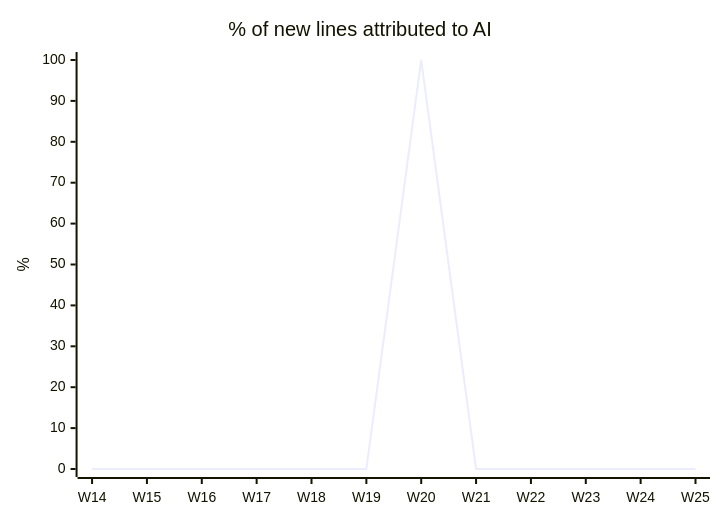
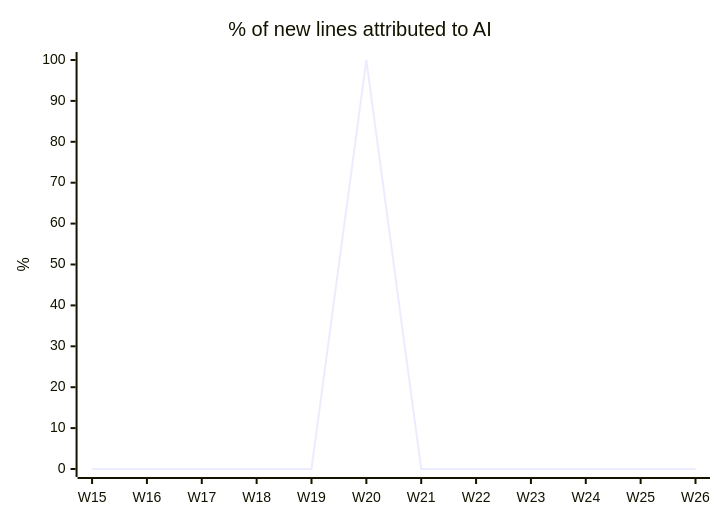
One commit to fromwaydowntown/ai-use changed the first of 4 diagrams in docs/AI_USAGE.md. Above: the diagram before and after it, drawn with Mermaid. The commit also changed other lines of this file, not shown here.

````diff
--- a/docs/AI_USAGE.md
+++ b/docs/AI_USAGE.md
@@ -17,7 +17,7 @@
 ```mermaid
 xychart-beta
     title "% of new lines attributed to AI"
-    x-axis ["W14", "W15", "W16", "W17", "W18", "W19", "W20", "W21", "W22", "W23", "W24", "W25"]
+    x-axis ["W15", "W16", "W17", "W18", "W19", "W20", "W21", "W22", "W23", "W24", "W25", "W26"]
     y-axis "%" 0 --> 100
-    line [0, 0, 0, 0, 0, 0, 100, 0, 0, 0, 0, 0]
+    line [0, 0, 0, 0, 0, 100, 0, 0, 0, 0, 0, 0]
 ```
````
